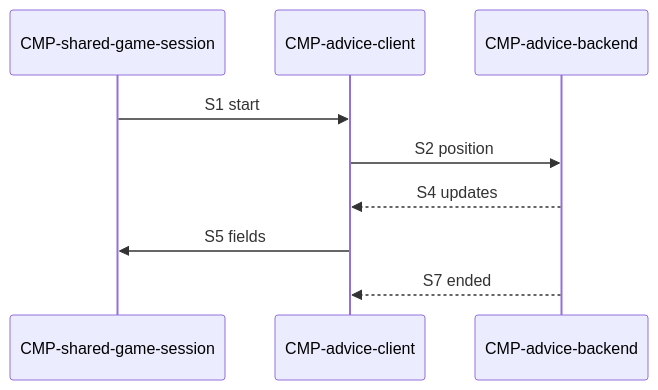
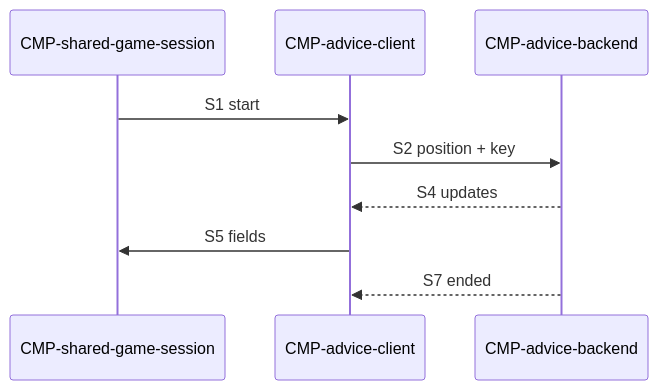
Before and after one commit to waigore/simplechessv2: the diagram in specs/technical/sequences/advice-stream.md, drawn with Mermaid. The commit also changed other lines of this file and 9 other files, not shown here.

````diff
--- a/specs/technical/sequences/advice-stream.md
+++ b/specs/technical/sequences/advice-stream.md
@@ -39,11 +39,11 @@
 ```mermaid
 sequenceDiagram
   participant S as CMP-shared-game-session
   participant A as CMP-advice-client
   participant B as CMP-advice-backend
   S->>A: S1 start
-  A->>B: S2 position
+  A->>B: S2 position + key
   B-->>A: S4 updates
   A->>S: S5 fields
   B-->>A: S7 ended
 ```
````
